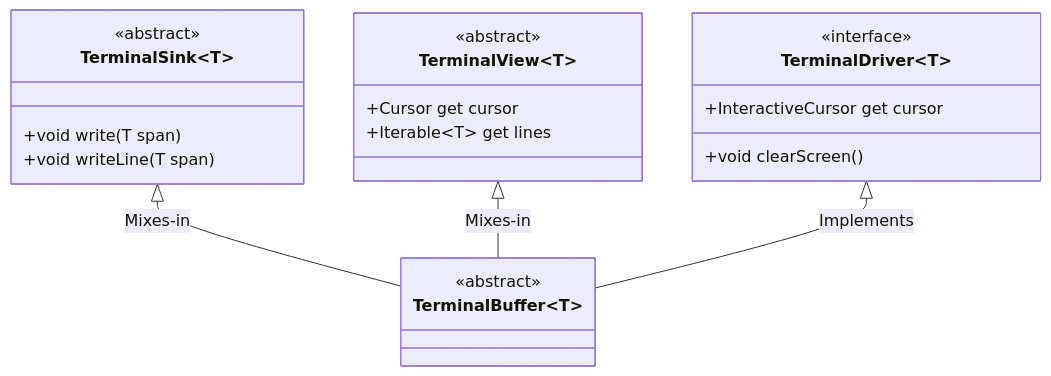
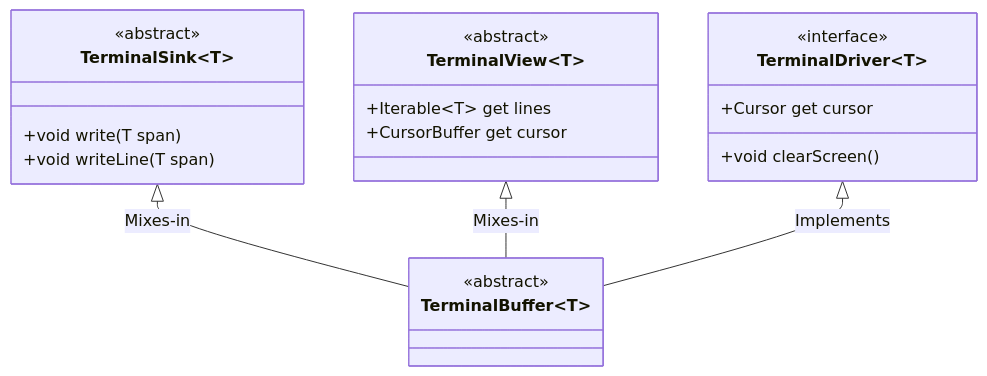
Before and after one commit to matanlurey/dt: the first of 2 diagrams in README.md, drawn with Mermaid. The commit also changed other lines of this file and 2 other files, not shown here.

Commit message:
Update parser.

````diff
--- a/README.md
+++ b/README.md
@@ -73,24 +73,24 @@
 ```mermaid
 classDiagram
   class TerminalSink~T~
   <<abstract>> TerminalSink
     TerminalSink~T~ : +void write(T span)
     TerminalSink~T~ : +void writeLine(T span)
 
   class TerminalDriver~T~
   <<interface>> TerminalDriver
-    TerminalDriver~T~ : +InteractiveCursor get cursor
+    TerminalDriver~T~ : +Cursor get cursor
     TerminalDriver~T~ : +void clearScreen()
 
   class TerminalView~T~
   <<abstract>> TerminalView
-    TerminalView~T~ : +Cursor get cursor
     TerminalView~T~ : +Iterable~T~ get lines
 
   class TerminalBuffer~T~
   <<abstract>> TerminalBuffer
+    TerminalView~T~ : +CursorBuffer get cursor
   
   TerminalSink~T~ <|-- TerminalBuffer~T~ : Mixes-in
   TerminalView~T~ <|-- TerminalBuffer~T~ : Mixes-in
   TerminalDriver~T~ <|-- TerminalBuffer~T~ : Implements
 ```
````
